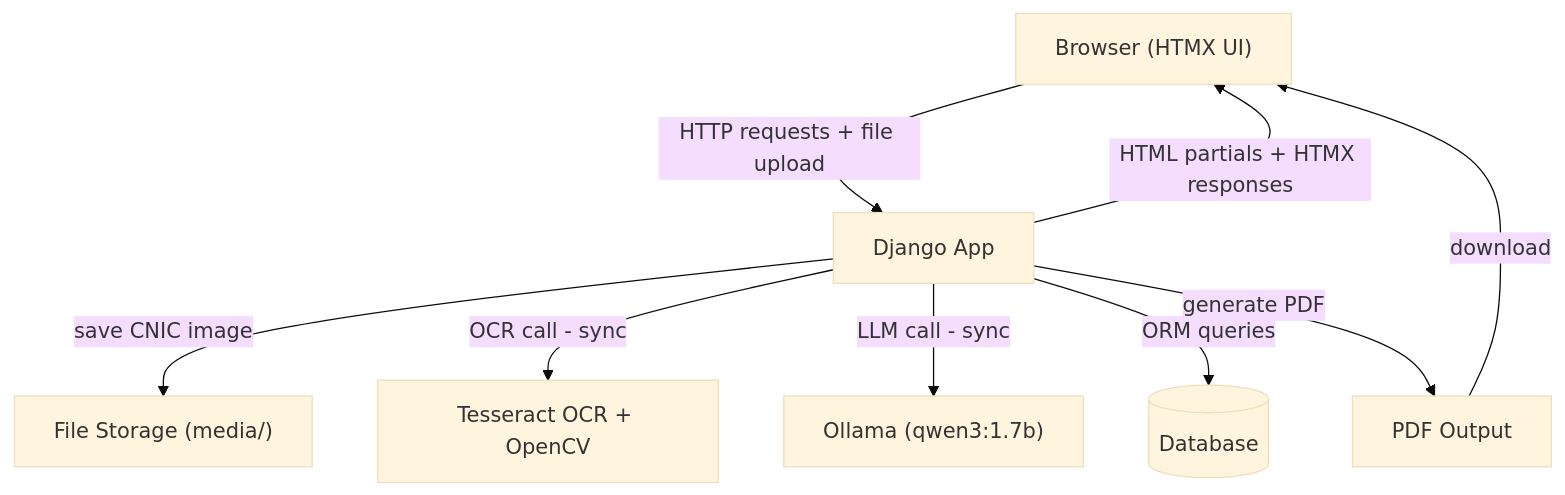
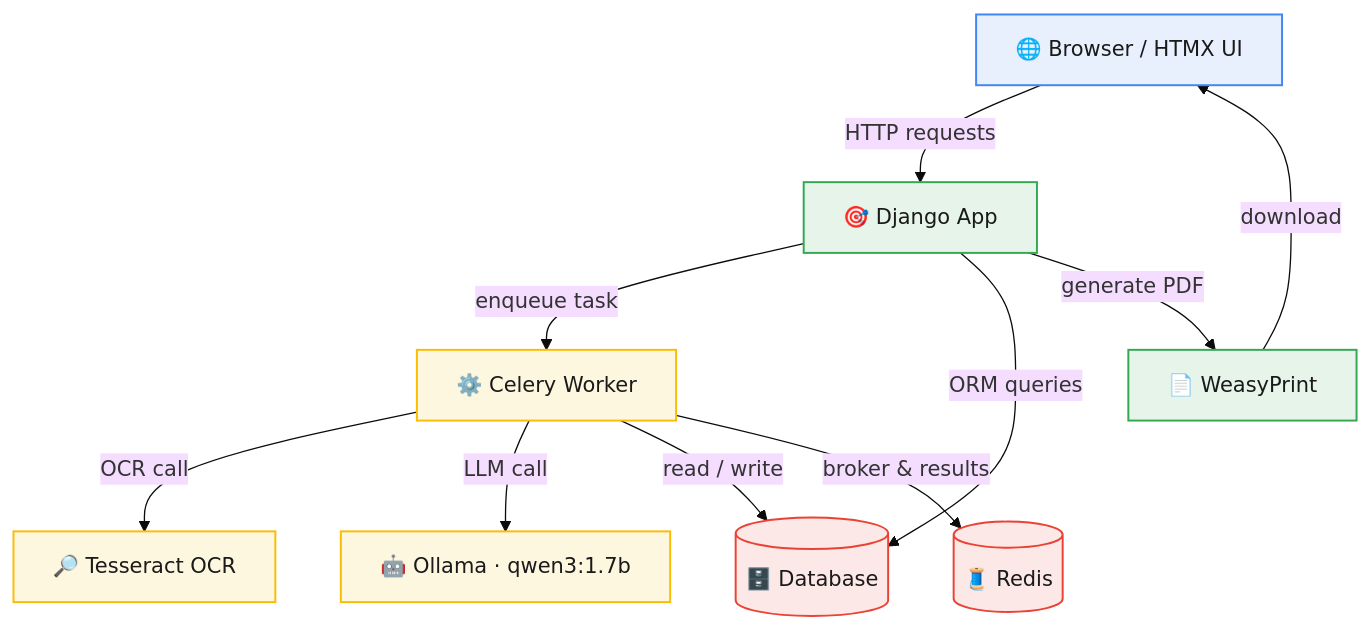
One commit to Spectre206/smartform changed the diagram in Readme.md. Above: the diagram before and after it, drawn with Mermaid (base theme). The commit also changed other lines of this file and 2 other files, not shown here.

````diff
--- a/Readme.md
+++ b/Readme.md
@@ -56,11 +62,22 @@
 ```mermaid
-graph TD
-    Browser["Browser (HTMX UI)"] -->|HTTP requests + file upload| Django[Django App]
-    Django -->|HTML partials + HTMX responses| Browser
-    Django -->|save CNIC image| FileStorage["File Storage (media/)"]
-    Django -->|OCR call - sync| Tesseract["Tesseract OCR + OpenCV"]
-    Django -->|LLM call - sync| Ollama["Ollama (qwen3:1.7b)"]
-    Django -->|ORM queries| DB[(Database)]
-    Django -->|generate PDF| PDF["PDF Output"]
-    PDF -->|download| Browser
+flowchart TD
+    Browser["🌐 Browser / HTMX UI"] -->|HTTP requests| Django["🎯 Django App"]
+    Django -->|enqueue task| Celery["⚙️ Celery Worker"]
+    Celery -->|OCR call| Tesseract["🔎 Tesseract OCR"]
+    Celery -->|LLM call| Ollama["🤖 Ollama · qwen3:1.7b"]
+    Celery -->|read / write| DB[("🗄️ Database")]
+    Django -->|ORM queries| DB
+    Django -->|generate PDF| WeasyPrint["📄 WeasyPrint"]
+    WeasyPrint -->|download| Browser
+    Celery -->|broker & results| Redis[("🧵 Redis")]
+
+    classDef ui fill:#e8f0fe,stroke:#4285f4,stroke-width:1.5px,color:#1a1a1a;
+    classDef app fill:#e6f4ea,stroke:#34a853,stroke-width:1.5px,color:#1a1a1a;
+    classDef worker fill:#fef7e0,stroke:#fbbc04,stroke-width:1.5px,color:#1a1a1a;
+    classDef store fill:#fce8e6,stroke:#ea4335,stroke-width:1.5px,color:#1a1a1a;
+
+    class Browser ui;
+    class Django,WeasyPrint app;
+    class Celery,Tesseract,Ollama worker;
+    class DB,Redis store;
 ```
````
